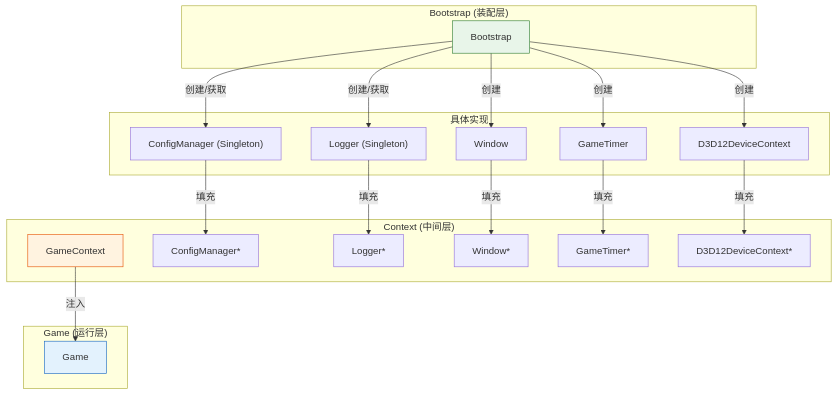
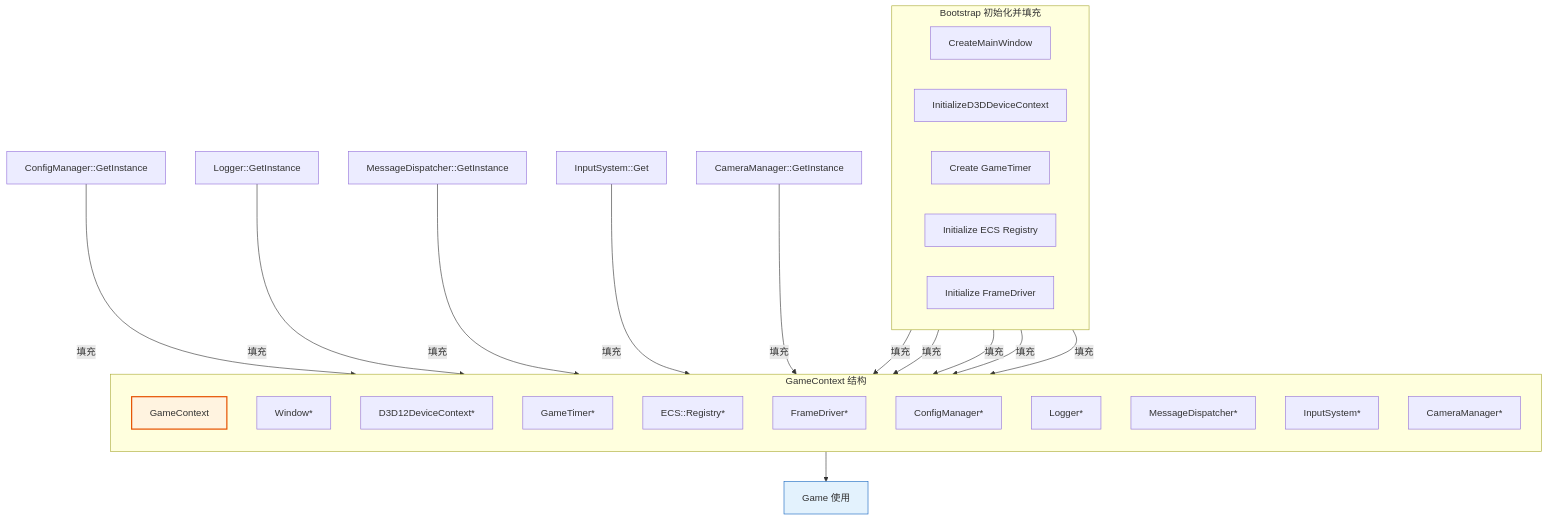
Before and after one commit to Gunxzq/blog: the fourth of 5 diagrams in src/posts/DX12Engine/Bootstrap/Bootstrap.md, drawn with Mermaid. The commit also changed other lines of this file and 13 other files, not shown here.

````diff
--- a/src/posts/DX12Engine/Bootstrap/Bootstrap.md
+++ b/src/posts/DX12Engine/Bootstrap/Bootstrap.md
@@ -175,45 +234,43 @@
 ```mermaid
 graph TB
-    subgraph "Bootstrap (装配层)"
-        B["Bootstrap"]
+    subgraph "Bootstrap 初始化并填充"
+        direction LR
+        B1[CreateMainWindow]
+        B2[InitializeD3DDeviceContext]
+        B3[Create GameTimer]
+        B4[Initialize ECS Registry]
+        B5[Initialize FrameDriver]
     end
 
-    subgraph "Context (中间层)"
-        C["GameContext"]
-        C1["ConfigManager*"]
-        C2["Logger*"]
-        C3["Window*"]
-        C4["GameTimer*"]
-        C5["D3D12DeviceContext*"]
+    subgraph "GameContext 结构"
+        direction TB
+        CTX[GameContext]
+        C1[Window*]
+        C2[D3D12DeviceContext*]
+        C3[GameTimer*]
+        C4[ECS::Registry*]
+        C5[FrameDriver*]
+        C6[ConfigManager*]
+        C7[Logger*]
+        C8[MessageDispatcher*]
+        C9[InputSystem*]
+        C10[CameraManager*]
     end
 
-    subgraph "具体实现"
-        CM["ConfigManager (Singleton)"]
-        Log["Logger (Singleton)"]
-        Win["Window"]
-        Timer["GameTimer"]
-        Dev["D3D12DeviceContext"]
-    end
+    B1 -->|填充| C1
+    B2 -->|填充| C2
+    B3 -->|填充| C3
+    B4 -->|填充| C4
+    B5 -->|填充| C5
+    
+    CM[ConfigManager::GetInstance] -->|填充| C6
+    LOG[Logger::GetInstance] -->|填充| C7
+    DISP[MessageDispatcher::GetInstance] -->|填充| C8
+    INPUT[InputSystem::Get] -->|填充| C9
+    CAM[CameraManager::GetInstance] -->|填充| C10
 
-    subgraph "Game (运行层)"
-        G["Game"]
-    end
+    CTX --> GAME[Game 使用]
 
-    B -->|"创建/获取"| CM
-    B -->|"创建/获取"| Log
-    B -->|"创建"| Win
-    B -->|"创建"| Timer
-    B -->|"创建"| Dev
-
-    CM -->|"填充"| C1
-    Log -->|"填充"| C2
-    Win -->|"填充"| C3
-    Timer -->|"填充"| C4
-    Dev -->|"填充"| C5
-
-    C -->|"注入"| G
-
-    style B fill:#e8f5e9,stroke:#2e7d32
-    style C fill:#fff3e0,stroke:#e65100
-    style G fill:#e3f2fd,stroke:#1565c0
+    style CTX fill:#fff3e0,stroke:#e65100,stroke-width:2px
+    style GAME fill:#e3f2fd,stroke:#1565c0
 ```
````
